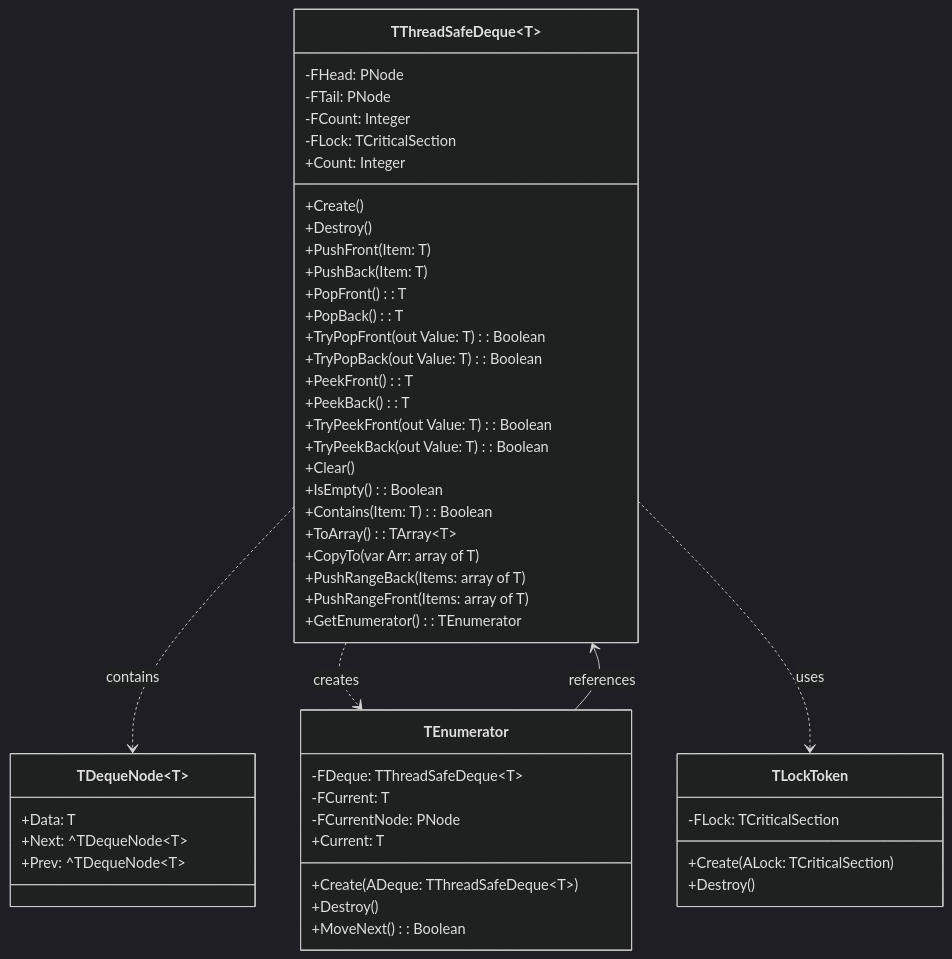
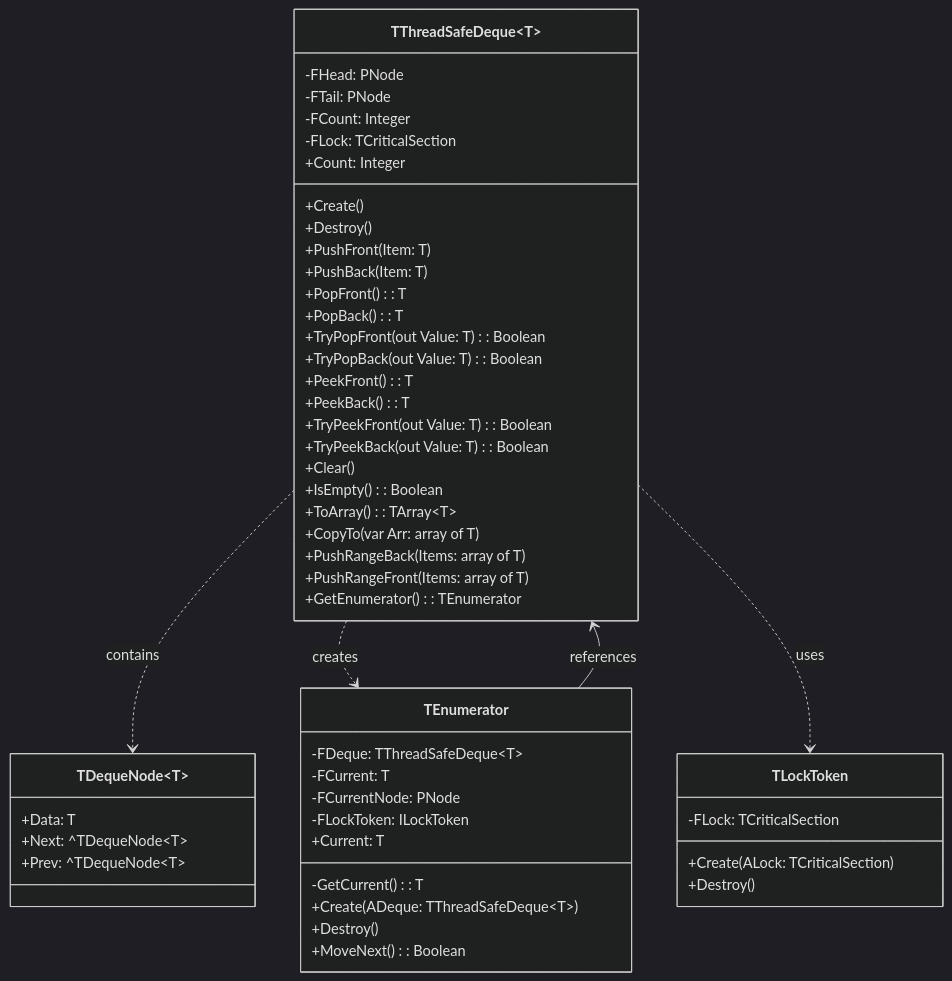
Before and after one commit to ikelaiah/threadsafecollections-fp: the diagram in docs/ThreadSafeCollections.Deque.md, drawn with Mermaid (dark theme). The commit also changed other lines of this file and 5 other files, not shown here.

````diff
--- a/docs/ThreadSafeCollections.Deque.md
+++ b/docs/ThreadSafeCollections.Deque.md
@@ -5,53 +5,54 @@
 ```mermaid
 classDiagram
     class TThreadSafeDeque~T~ {
         -FHead: PNode
         -FTail: PNode
         -FCount: Integer
         -FLock: TCriticalSection
         +Create()
         +Destroy()
         +PushFront(Item: T)
         +PushBack(Item: T)
         +PopFront(): T
         +PopBack(): T
         +TryPopFront(out Value: T): Boolean
         +TryPopBack(out Value: T): Boolean
         +PeekFront(): T
         +PeekBack(): T
         +TryPeekFront(out Value: T): Boolean
         +TryPeekBack(out Value: T): Boolean
         +Clear()
         +IsEmpty(): Boolean
-        +Contains(Item: T): Boolean
         +ToArray(): TArray~T~
         +CopyTo(var Arr: array of T)
         +PushRangeBack(Items: array of T)
         +PushRangeFront(Items: array of T)
         +GetEnumerator(): TEnumerator
         +Count: Integer
     }
     class TDequeNode~T~ {
         +Data: T
         +Next: ^TDequeNode~T~
         +Prev: ^TDequeNode~T~
     }
     class TEnumerator {
         -FDeque: TThreadSafeDeque~T~
         -FCurrent: T
         -FCurrentNode: PNode
+        -FLockToken: ILockToken
+        -GetCurrent(): T
         +Create(ADeque: TThreadSafeDeque~T~)
         +Destroy()
         +MoveNext(): Boolean
         +Current: T
     }
     class TLockToken {
         -FLock: TCriticalSection
         +Create(ALock: TCriticalSection)
         +Destroy()
     }
     TThreadSafeDeque ..> TDequeNode : contains
     TThreadSafeDeque ..> TEnumerator : creates
     TThreadSafeDeque ..> TLockToken : uses
     TEnumerator --> TThreadSafeDeque : references
 ```
````
